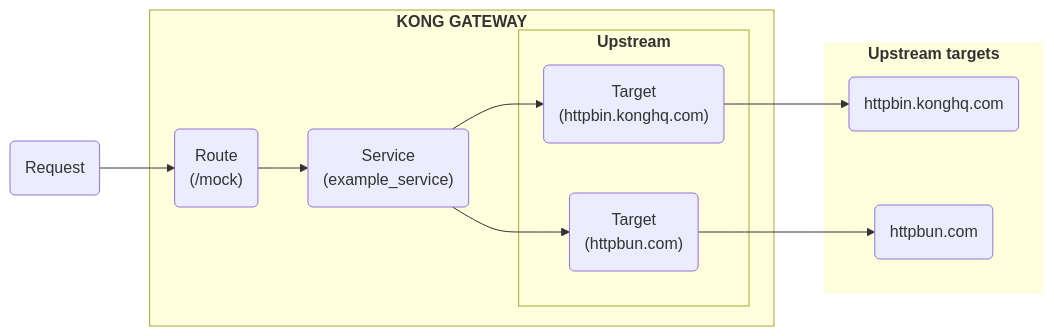
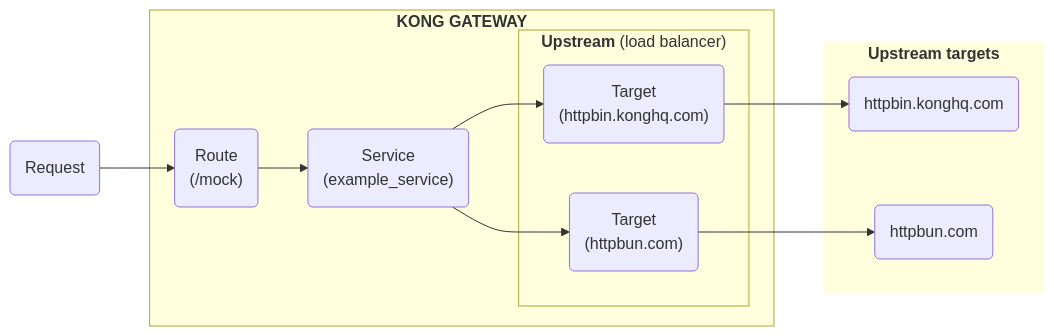
Before and after one commit to Kong/developer.konghq.com: the diagram in app/_includes/entities/upstreams-targets-diagram.md, drawn with Mermaid.

```diff
--- a/app/_includes/entities/upstreams-targets-diagram.md
+++ b/app/_includes/entities/upstreams-targets-diagram.md
@@ -3,32 +3,33 @@
 {% mermaid %}
 flowchart LR
 
   A("Request")
   B("`Route 
   (/mock)`")
   C("`Service
   (example_service)`")
   D("Target
   (httpbin.konghq.com)")
   E("Target
   (httpbun.com)")
   F(httpbin.konghq.com)
   G(httpbun.com)
 
   A --> B
   subgraph id1 ["`**KONG GATEWAY**`"]
     B --> C --> D & E
-  subgraph id3 ["`**Upstream**`"]
+  subgraph id3 ["`**Upstream** (load balancer)`"]
+  
     D & E
   end
 
   end
 
   subgraph id2 ["`**Upstream targets**`"]
     D --> F
     E --> G
 
   end
 
   style id2 stroke:none
 {% endmermaid %}
```
